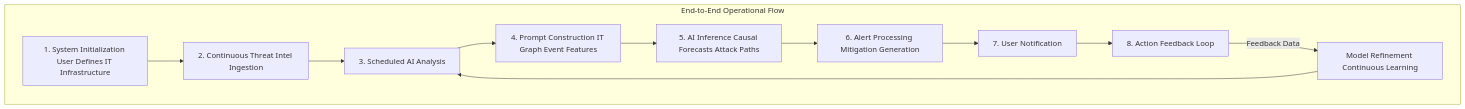
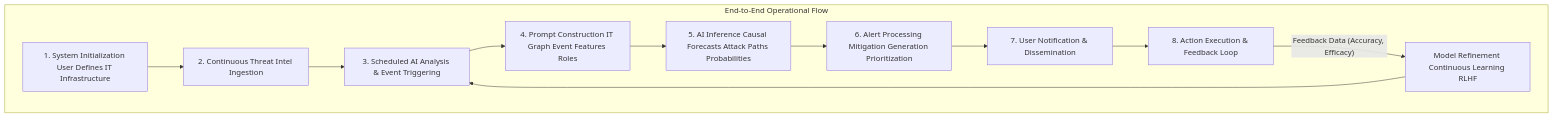
One commit to diplomat-bit/Citibank_Demo_Business_Inc_Demonstration- changed the tenth of 10 diagrams in inventions/inventions/026_predictive_cyber_threat_intelligence.md. Above: the diagram before and after it, drawn with Mermaid. The commit also changed other lines of this file, not shown here.

````diff
--- a/inventions/inventions/026_predictive_cyber_threat_intelligence.md
+++ b/inventions/inventions/026_predictive_cyber_threat_intelligence.md
@@ -410,14 +559,14 @@
 ```mermaid
 graph TD
     subgraph End-to-End Operational Flow
         init[1. System Initialization User Defines IT Infrastructure] --> CTII[2. Continuous Threat Intel Ingestion]
-        CTII --> SAA[3. Scheduled AI Analysis]
-        SAA --> PC[4. Prompt Construction IT Graph Event Features]
-        PC --> AIInf[5. AI Inference Causal Forecasts Attack Paths]
-        AIInf --> AP[6. Alert Processing Mitigation Generation]
-        AP --> UN[7. User Notification]
-        UN --> AF[8. Action Feedback Loop]
-        AF -- Feedback Data --> MF[Model Refinement Continuous Learning]
+        CTII --> SAA[3. Scheduled AI Analysis & Event Triggering]
+        SAA --> PC[4. Prompt Construction IT Graph Event Features Roles]
+        PC --> AIInf[5. AI Inference Causal Forecasts Attack Paths Probabilities]
+        AIInf --> AP[6. Alert Processing Mitigation Generation Prioritization]
+        AP --> UN[7. User Notification & Dissemination]
+        UN --> AF[8. Action Execution & Feedback Loop]
+        AF -- Feedback Data (Accuracy, Efficacy) --> MF[Model Refinement Continuous Learning RLHF]
         MF --> SAA
     end
 ```
````
